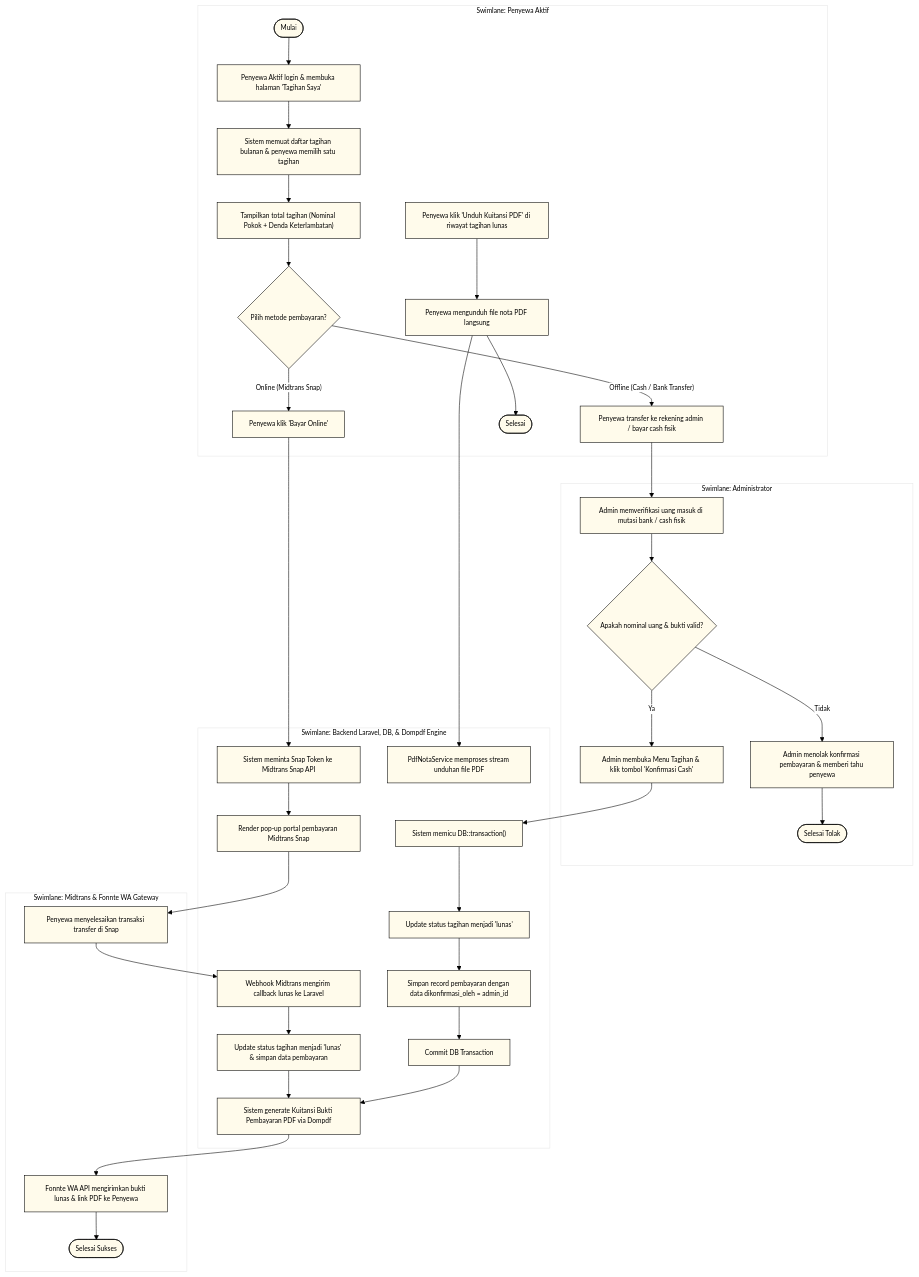
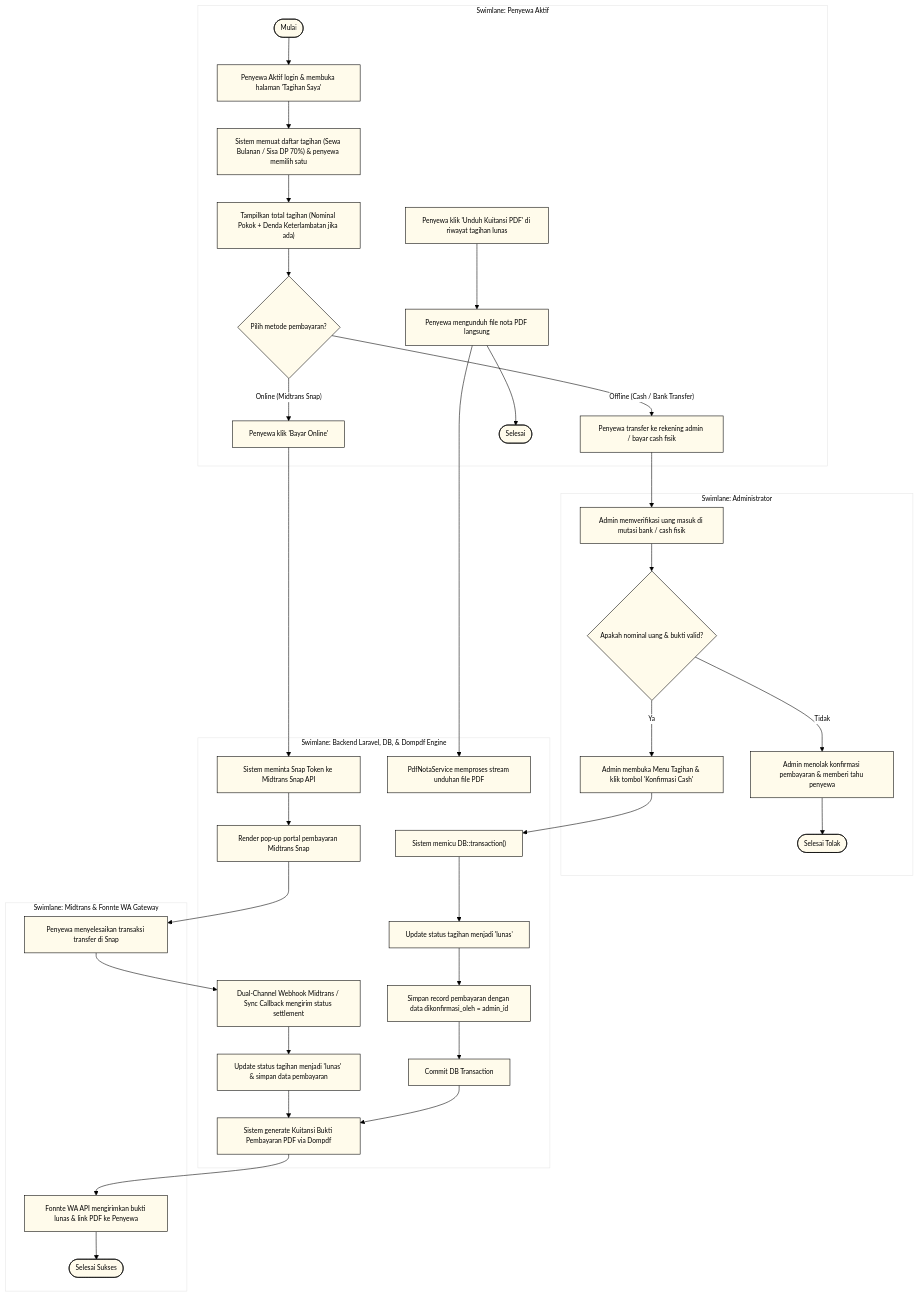
One commit to rafifarsyapradiva/asri-boarding-house changed the diagram in Blueprint/activity/alur_tagihan_bulanan.mmd. Above: the diagram before and after it, drawn with Mermaid. The commit also changed 21 other files, not shown here.

Commit message:
docs(blueprint): audit forensik, rekonstruksi semantik swimlane & finalisasi mutlak activity diagram UML 2.5 (v236.0)

```diff
--- a/Blueprint/activity/alur_tagihan_bulanan.mmd
+++ b/Blueprint/activity/alur_tagihan_bulanan.mmd
@@ -1,60 +1,60 @@
 %%{init: {
   'theme': 'base',
   'themeVariables': {
     'primaryColor': '#FFFBEB',
     'primaryTextColor': '#000000',
     'primaryBorderColor': '#000000',
     'lineColor': '#000000',
     'secondaryColor': '#FDE047',
     'tertiaryColor': '#FFFFFF',
     'edgeLabelBackground': '#FFFFFF',
     'fontSize': '12px',
     'fontFamily': 'Inter, system-ui, sans-serif'
   }
 }}%%
 flowchart TD
     subgraph Swimlane_Penyewa ["Swimlane: Penyewa Aktif"]
         Start([Mulai]) --> BukaTagihan["Penyewa Aktif login & membuka halaman 'Tagihan Saya'"]
-        BukaTagihan --> DetailTagihan["Sistem memuat daftar tagihan bulanan & penyewa memilih satu tagihan"]
-        DetailTagihan --> TampilkanTotal["Tampilkan total tagihan (Nominal Pokok + Denda Keterlambatan)"]
+        BukaTagihan --> DetailTagihan["Sistem memuat daftar tagihan (Sewa Bulanan / Sisa DP 70%) & penyewa memilih satu"]
+        DetailTagihan --> TampilkanTotal["Tampilkan total tagihan (Nominal Pokok + Denda Keterlambatan jika ada)"]
         TampilkanTotal --> PilihOpsiBayar{"Pilih metode pembayaran?"}
         
         PilihOpsiBayar -- "Online (Midtrans Snap)" --> KlikBayarOnline["Penyewa klik 'Bayar Online'"]
         PilihOpsiBayar -- "Offline (Cash / Bank Transfer)" --> TransferManual["Penyewa transfer ke rekening admin / bayar cash fisik"]
         
         UnduhMandiri["Penyewa klik 'Unduh Kuitansi PDF' di riwayat tagihan lunas"] --> AksesDownload["Penyewa mengunduh file nota PDF langsung"]
         AksesDownload --> SelesaiMandiri([Selesai])
     end
 
     subgraph Swimlane_Admin ["Swimlane: Administrator"]
         TransferManual --> AdminVerifikasiKas["Admin memverifikasi uang masuk di mutasi bank / cash fisik"]
         AdminVerifikasiKas --> AdminCekNominal{"Apakah nominal uang & bukti valid?"}
         AdminCekNominal -- Tidak --> AdminTolak["Admin menolak konfirmasi pembayaran & memberi tahu penyewa"]
         AdminTolak --> SelesaiTolak([Selesai Tolak])
         AdminCekNominal -- Ya --> AdminKonfirmasi["Admin membuka Menu Tagihan & klik tombol 'Konfirmasi Cash'"]
     end
 
     subgraph Swimlane_Backend ["Swimlane: Backend Laravel, DB, & Dompdf Engine"]
         AdminKonfirmasi --> DbTransaction["Sistem memicu DB::transaction()"]
         DbTransaction --> UpdateLunasManual["Update status tagihan menjadi 'lunas'"]
         UpdateLunasManual --> SimpanRecordBayar["Simpan record pembayaran dengan data dikonfirmasi_oleh = admin_id"]
         SimpanRecordBayar --> CommitTx["Commit DB Transaction"]
         
         KlikBayarOnline --> RequestToken["Sistem meminta Snap Token ke Midtrans Snap API"]
         RequestToken --> RenderSnapModal["Render pop-up portal pembayaran Midtrans Snap"]
         
-        WebhookSuccess["Webhook Midtrans mengirim callback lunas ke Laravel"] --> UpdateLunasOnline["Update status tagihan menjadi 'lunas' & simpan data pembayaran"]
+        WebhookSuccess["Dual-Channel Webhook Midtrans / Sync Callback mengirim status settlement"] --> UpdateLunasOnline["Update status tagihan menjadi 'lunas' & simpan data pembayaran"]
         
         UpdateLunasOnline --> GeneratePDFReceipt["Sistem generate Kuitansi Bukti Pembayaran PDF via Dompdf"]
         CommitTx --> GeneratePDFReceipt
         
         AksesDownload --> ServiceDownload["PdfNotaService memproses stream unduhan file PDF"]
     end
 
     subgraph Swimlane_Midtrans ["Swimlane: Midtrans & Fonnte WA Gateway"]
         RenderSnapModal --> SelesaikanTransfer["Penyewa menyelesaikan transaksi transfer di Snap"]
         SelesaikanTransfer --> WebhookSuccess
         
         GeneratePDFReceipt --> KirimWAReceipt["Fonnte WA API mengirimkan bukti lunas & link PDF ke Penyewa"]
         KirimWAReceipt --> Selesai([Selesai Sukses])
     end
```
